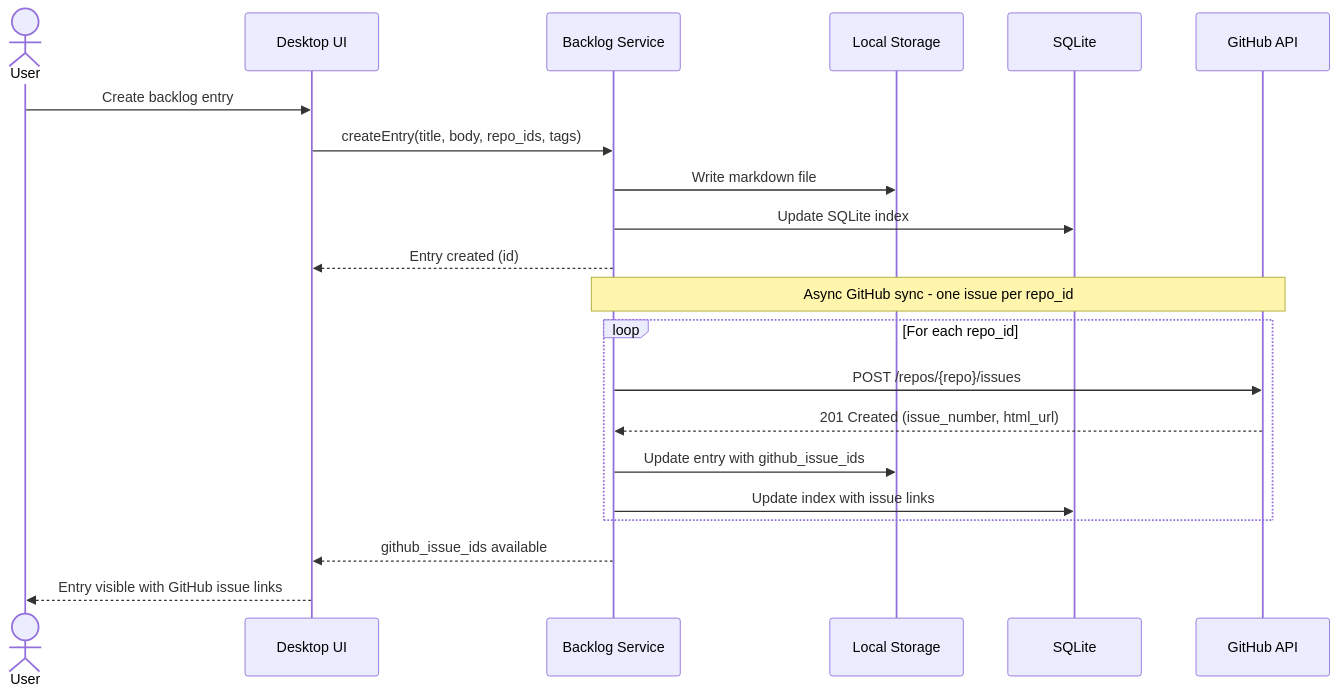
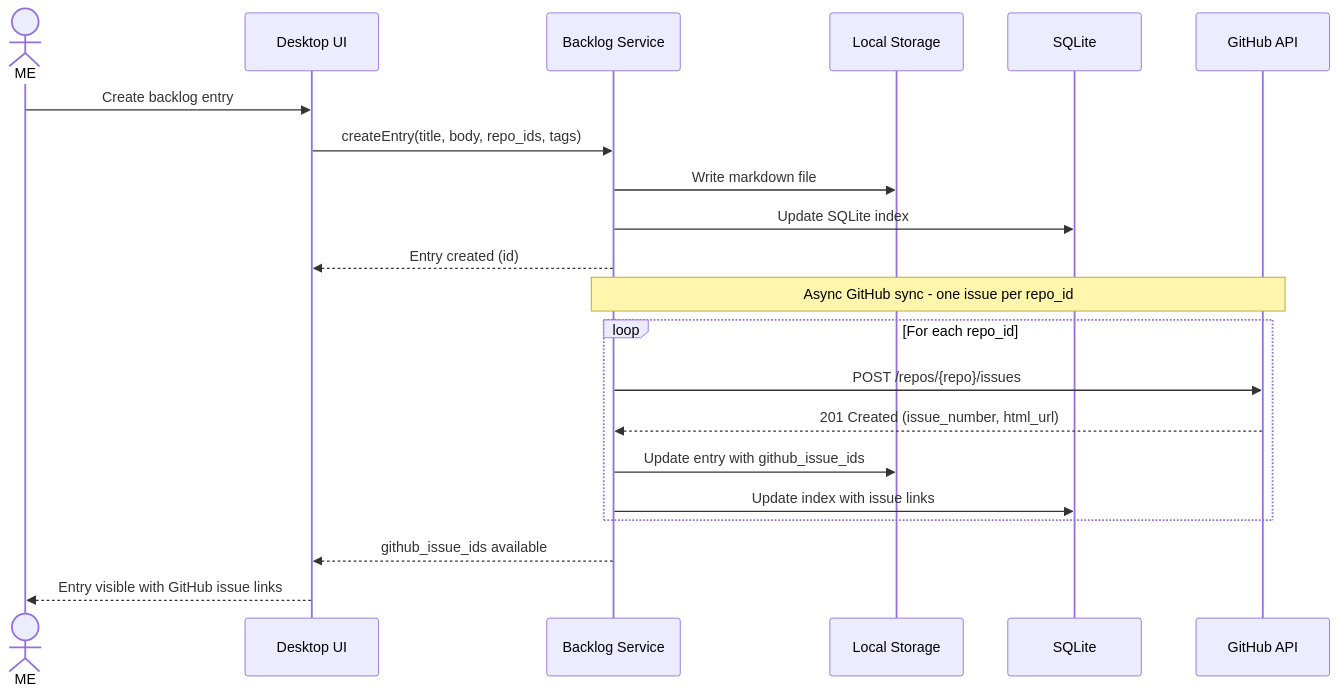
Before and after one commit to JSdotNet/Backlog: the first of 7 diagrams in .arc42/06-runtime-view.md, drawn with Mermaid. The commit also changed other lines of this file and 3 other files, not shown here.

````diff
--- a/.arc42/06-runtime-view.md
+++ b/.arc42/06-runtime-view.md
@@ -21,26 +21,26 @@
 ```mermaid
 sequenceDiagram
-    actor User
+    actor ME
     participant UI as Desktop UI
     participant Backlog as Backlog Service
     participant Store as Local Storage
     participant DB as SQLite
     participant GitHub as GitHub API
 
-    User->>UI: Create backlog entry
+    ME->>UI: Create backlog entry
     UI->>Backlog: createEntry(title, body, repo_ids, tags)
     Backlog->>Store: Write markdown file
     Backlog->>DB: Update SQLite index
     Backlog-->>UI: Entry created (id)
 
     Note over Backlog,GitHub: Async GitHub sync - one issue per repo_id
     loop For each repo_id
         Backlog->>GitHub: POST /repos/{repo}/issues
         GitHub-->>Backlog: 201 Created (issue_number, html_url)
         Backlog->>Store: Update entry with github_issue_ids
         Backlog->>DB: Update index with issue links
     end
 
     Backlog-->>UI: github_issue_ids available
-    UI-->>User: Entry visible with GitHub issue links
+    UI-->>ME: Entry visible with GitHub issue links
 ```
````
